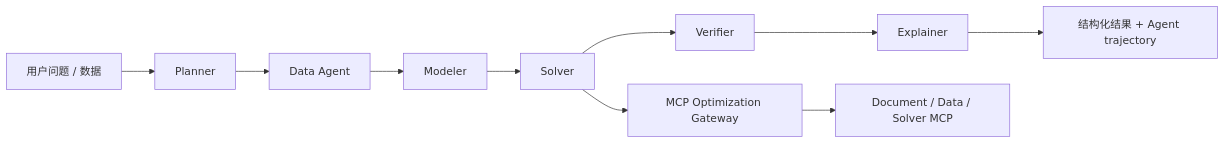
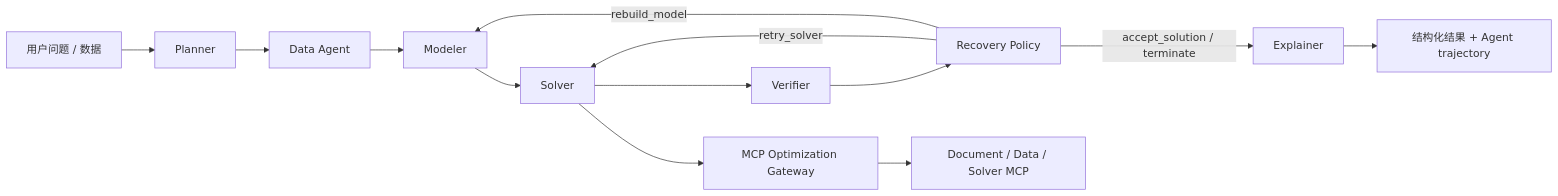
The diagram in docs/agent-workflow.md (tyz211/optiagent), drawn with Mermaid before and after one commit. The commit also changed other lines of this file and 31 other files, not shown here.

Commit message:
feat: add verifiable recovery policy environment

````diff
--- a/docs/agent-workflow.md
+++ b/docs/agent-workflow.md
@@ -9,12 +9,15 @@
 ```mermaid
 flowchart LR
     U[用户问题 / 数据] --> P[Planner]
     P --> D[Data Agent]
     D --> M[Modeler]
     M --> S[Solver]
     S --> V[Verifier]
-    V --> E[Explainer]
+    V --> P2[Recovery Policy]
+    P2 -->|accept_solution / terminate| E[Explainer]
+    P2 -->|retry_solver| S
+    P2 -->|rebuild_model| M
     S --> G[MCP Optimization Gateway]
     G --> MC[Document / Data / Solver MCP]
     E --> R[结构化结果 + Agent trajectory]
 ```
````
